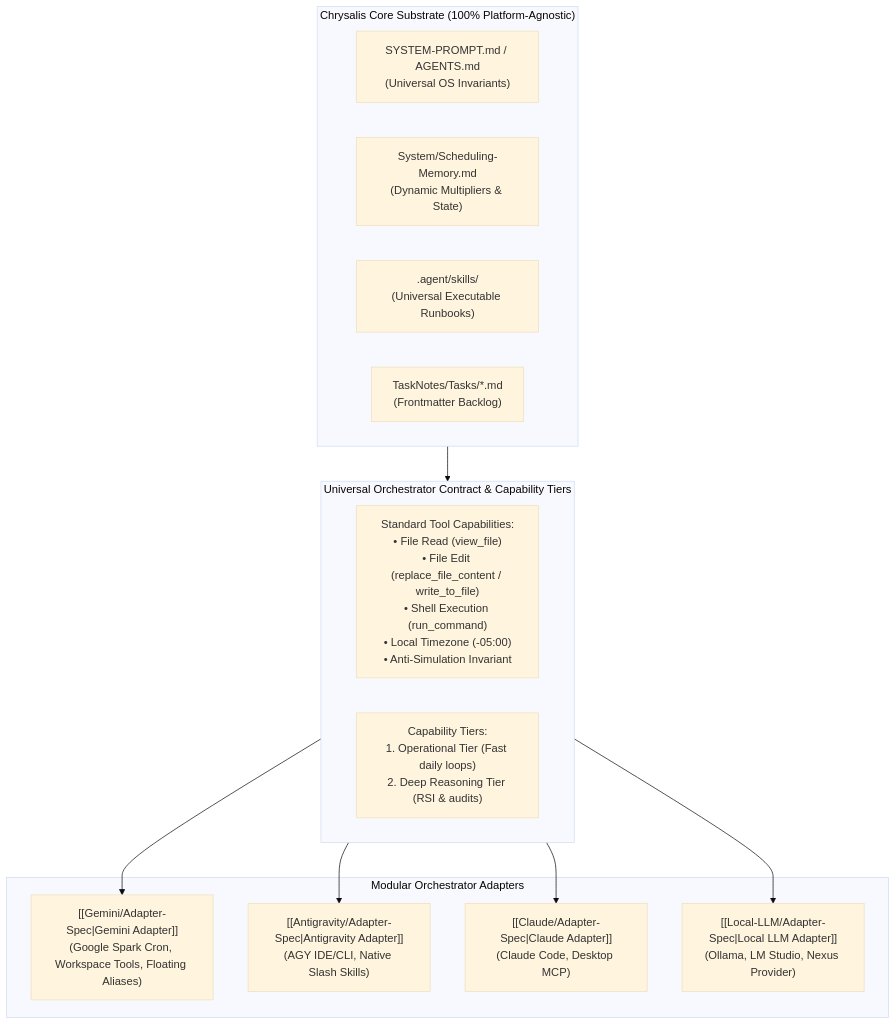
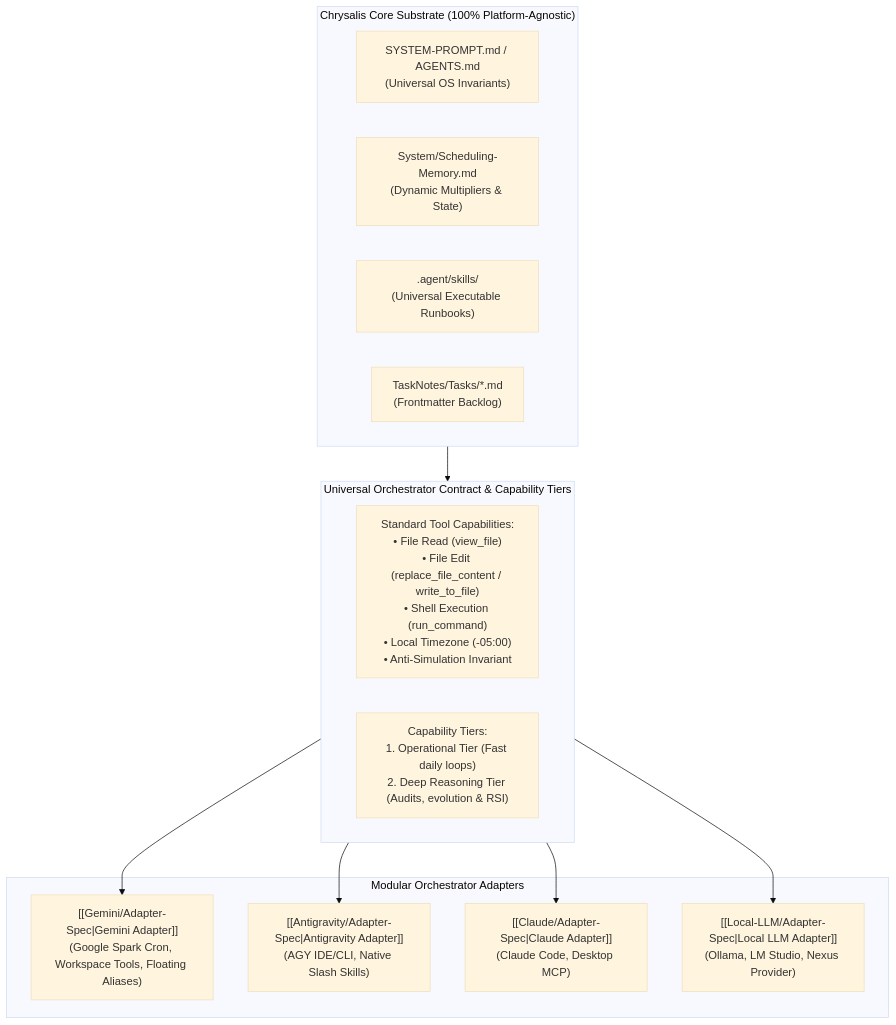
The diagram in System/Orchestrators/README.md (tama-gucci/chrysalis), drawn with Mermaid (base theme) before and after one commit. The commit also changed other lines of this file and 10 other files, not shown here.

````diff
--- a/System/Orchestrators/README.md
+++ b/System/Orchestrators/README.md
@@ -19,27 +19,27 @@
 ```mermaid
 graph TD
     subgraph Substrate ["Chrysalis Core Substrate (100% Platform-Agnostic)"]
         Constitution["SYSTEM-PROMPT.md / AGENTS.md<br/>(Universal OS Invariants)"]
         Memory["System/Scheduling-Memory.md<br/>(Dynamic Multipliers & State)"]
         Skills[".agent/skills/<br/>(Universal Executable Runbooks)"]
         Tasks["TaskNotes/Tasks/*.md<br/>(Frontmatter Backlog)"]
     end
 
     subgraph Contract ["Universal Orchestrator Contract & Capability Tiers"]
         ContractSpec["Standard Tool Capabilities:<br/>• File Read (view_file)<br/>• File Edit (replace_file_content / write_to_file)<br/>• Shell Execution (run_command)<br/>• Local Timezone (-05:00)<br/>• Anti-Simulation Invariant"]
-        Tiers["Capability Tiers:<br/>1. Operational Tier (Fast daily loops)<br/>2. Deep Reasoning Tier (RSI & audits)"]
+        Tiers["Capability Tiers:<br/>1. Operational Tier (Fast daily loops)<br/>2. Deep Reasoning Tier (Audits, evolution & RSI)"]
     end
 
     subgraph Adapters ["Modular Orchestrator Adapters"]
         Gemini["[[Gemini/Adapter-Spec|Gemini Adapter]]<br/>(Google Spark Cron, Workspace Tools, Floating Aliases)"]
         Antigravity["[[Antigravity/Adapter-Spec|Antigravity Adapter]]<br/>(AGY IDE/CLI, Native Slash Skills)"]
         Claude["[[Claude/Adapter-Spec|Claude Adapter]]<br/>(Claude Code, Desktop MCP)"]
         LocalLLM["[[Local-LLM/Adapter-Spec|Local LLM Adapter]]<br/>(Ollama, LM Studio, Nexus Provider)"]
     end
 
     Substrate --> Contract
     Contract --> Gemini
     Contract --> Antigravity
     Contract --> Claude
     Contract --> LocalLLM
 ```
````
